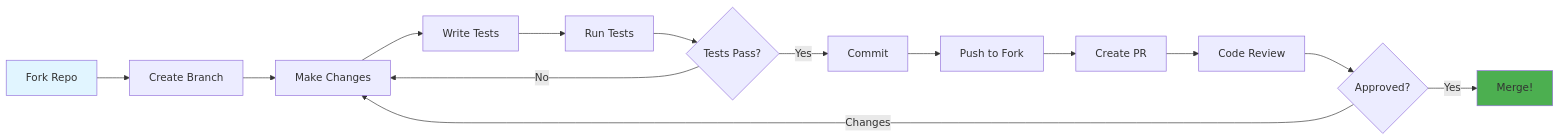
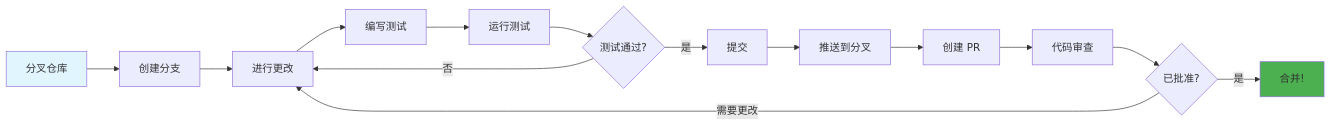
One commit to Kirky-X/inklog changed the first of 2 diagrams in docs/CONTRIBUTING.md. Above: the diagram before and after it, drawn with Mermaid. The commit also changed other lines of this file and 6 other files, not shown here.

````diff
--- a/docs/CONTRIBUTING.md
+++ b/docs/CONTRIBUTING.md
@@ -214,19 +214,19 @@
 ```mermaid
 graph LR
-    A[Fork Repo] --> B[Create Branch]
-    B --> C[Make Changes]
-    C --> D[Write Tests]
-    D --> E[Run Tests]
-    E --> F{Tests Pass?}
-    F -->|No| C
-    F -->|Yes| G[Commit]
-    G --> H[Push to Fork]
-    H --> I[Create PR]
-    I --> J[Code Review]
-    J --> K{Approved?}
-    K -->|Changes| C
-    K -->|Yes| L[Merge!]
+    A[分叉仓库] --> B[创建分支]
+    B --> C[进行更改]
+    C --> D[编写测试]
+    D --> E[运行测试]
+    E --> F{测试通过?}
+    F -->|否| C
+    F -->|是| G[提交]
+    G --> H[推送到分叉]
+    H --> I[创建 PR]
+    I --> J[代码审查]
+    J --> K{已批准?}
+    K -->|需要更改| C
+    K -->|是| L[合并!]
     
     style A fill:#e1f5ff
     style L fill:#4caf50
 ```
````
